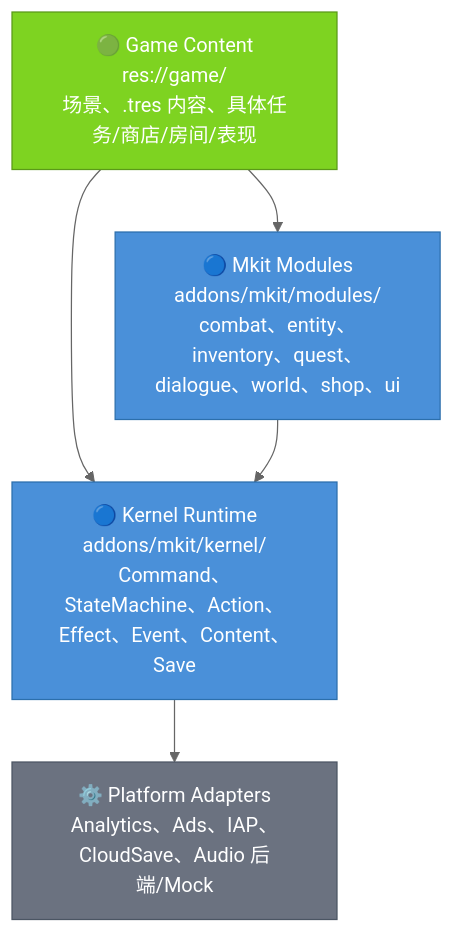
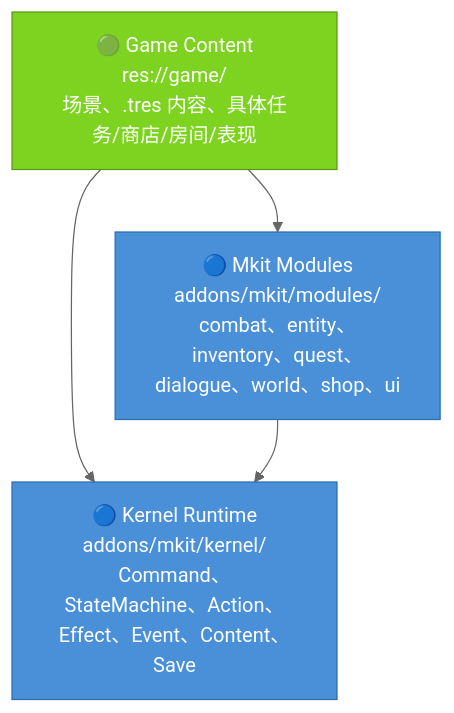
Before and after one commit to xiaofeiqiu/mkit: the first of 5 diagrams in docs/concepts.md, drawn with Mermaid (neutral theme). The commit also changed other lines of this file and 403 other files, not shown here.

````diff
--- a/docs/concepts.md
+++ b/docs/concepts.md
@@ -15,19 +15,15 @@
 ```mermaid
 flowchart TB
     Game["🟢 Game Content\nres://game/\n场景、.tres 内容、具体任务/商店/房间/表现"]
     Modules["🔵 Mkit Modules\naddons/mkit/modules/\ncombat、entity、inventory、quest、dialogue、world、shop、ui"]
     Kernel["🔵 Kernel Runtime\naddons/mkit/kernel/\nCommand、StateMachine、Action、Effect、Event、Content、Save"]
-    Platform["⚙️ Platform Adapters\nAnalytics、Ads、IAP、CloudSave、Audio 后端/Mock"]
 
     Game --> Modules
     Game --> Kernel
     Modules --> Kernel
-    Kernel --> Platform
 
     classDef mkitCore fill:#4A90D9,color:#fff,stroke:#2C6FAC
     classDef userOwned fill:#7ED321,color:#fff,stroke:#5A9A18
-    classDef platform fill:#6B7280,color:#fff,stroke:#4B5563
     class Modules,Kernel mkitCore
     class Game userOwned
-    class Platform platform
 ```
````
